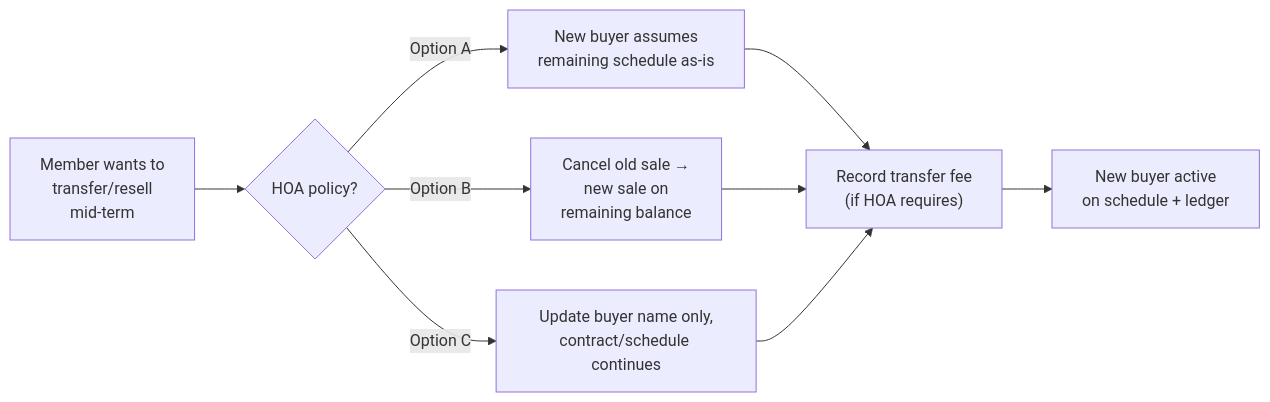
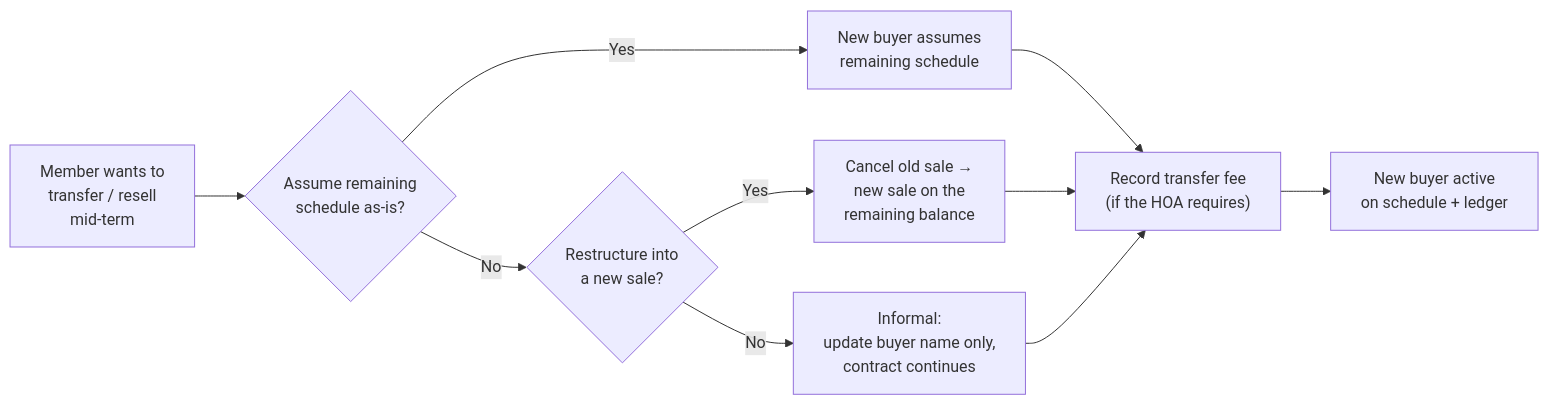
One commit to yradKazuto/LAMHOAI-RMS changed the second of 2 diagrams in docs/plan-payment-overhaul.md. Above: the diagram before and after it, drawn with Mermaid. The commit also changed other lines of this file and 44 other files, not shown here.

````diff
--- a/docs/plan-payment-overhaul.md
+++ b/docs/plan-payment-overhaul.md
@@ -116,11 +92,12 @@
 ```mermaid
 flowchart LR
-    T1["Member wants to<br/>transfer/resell<br/>mid-term"] --> T2{"HOA policy?"}
-    T2 -->|Option A| T3["New buyer assumes<br/>remaining schedule as-is"]
-    T2 -->|Option B| T4["Cancel old sale →<br/>new sale on<br/>remaining balance"]
-    T2 -->|Option C| T5["Update buyer name only,<br/>contract/schedule continues"]
-    T3 --> T6["Record transfer fee<br/>(if HOA requires)"]
-    T4 --> T6
-    T5 --> T6
-    T6 --> T7["New buyer active<br/>on schedule + ledger"]
+    T1["Member wants to<br/>transfer / resell<br/>mid-term"] --> T2{"Assume remaining<br/>schedule as-is?"}
+    T2 -->|Yes| T3["New buyer assumes<br/>remaining schedule"]
+    T2 -->|No| T4{"Restructure into<br/>a new sale?"}
+    T4 -->|Yes| T5["Cancel old sale →<br/>new sale on the<br/>remaining balance"]
+    T4 -->|No| T6["Informal:<br/>update buyer name only,<br/>contract continues"]
+    T3 --> T7["Record transfer fee<br/>(if the HOA requires)"]
+    T5 --> T7
+    T6 --> T7
+    T7 --> T8["New buyer active<br/>on schedule + ledger"]
 ```
````
